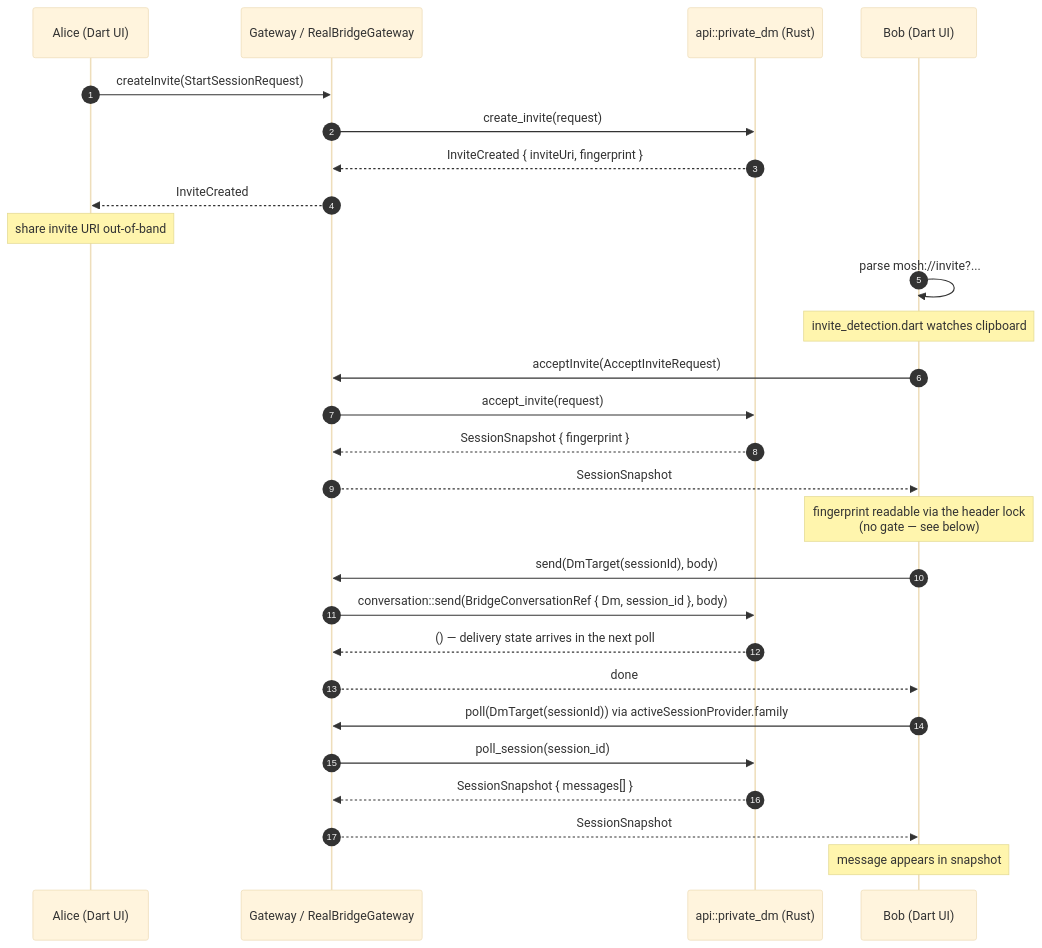
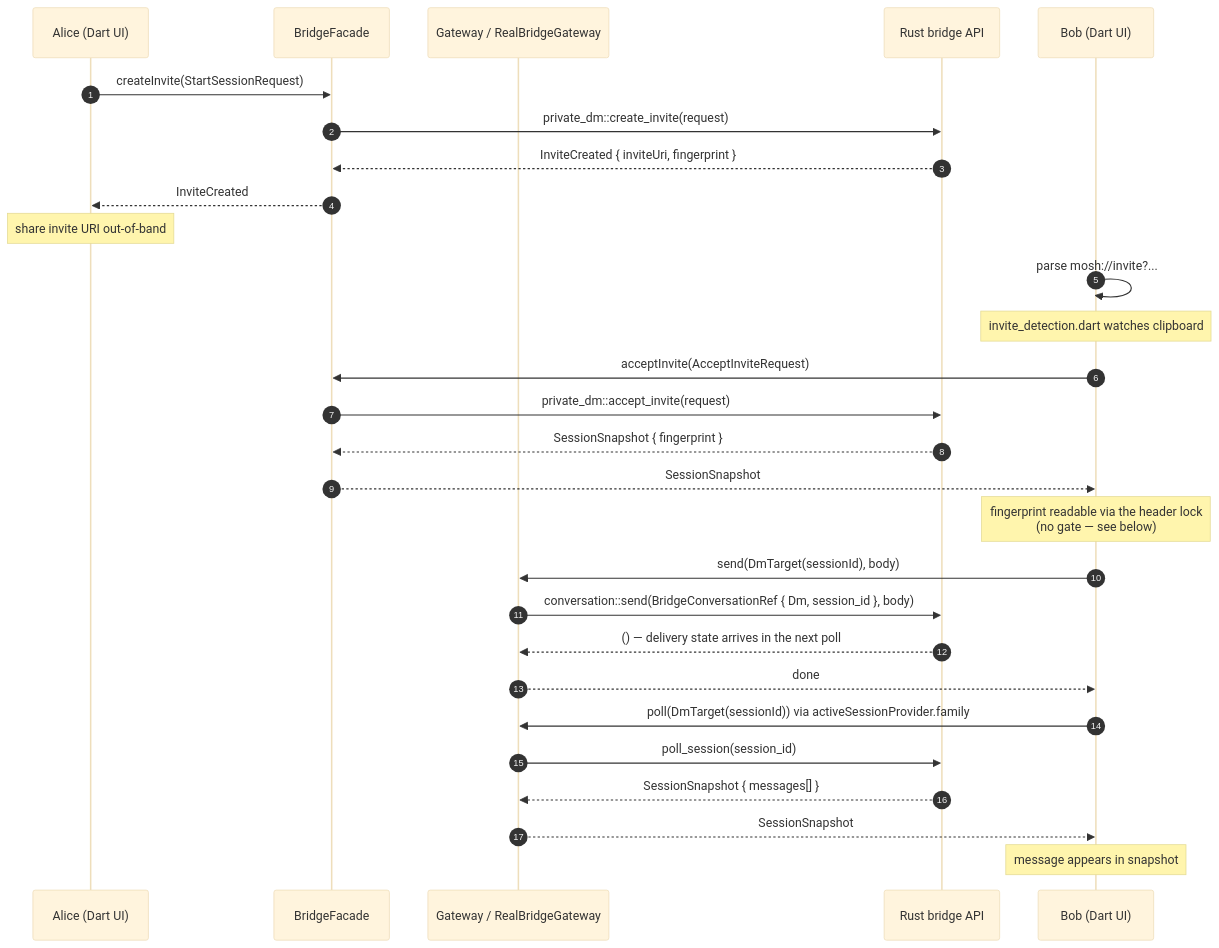
Before and after one commit to redstone-md/mosh-flutter: the first of 5 diagrams in docs/Features/private-dm.md, drawn with Mermaid (base theme). The commit also changed other lines of this file and 5 other files, not shown here.

````diff
--- a/docs/Features/private-dm.md
+++ b/docs/Features/private-dm.md
@@ -15,30 +16,31 @@
 ```mermaid
 sequenceDiagram
     autonumber
     participant Alice as Alice (Dart UI)
+    participant BF as BridgeFacade
     participant GW as Gateway / RealBridgeGateway
-    participant Api as api::private_dm (Rust)
+    participant Api as Rust bridge API
     participant Bob as Bob (Dart UI)
 
-    Alice->>GW: createInvite(StartSessionRequest)
-    GW->>Api: create_invite(request)
-    Api-->>GW: InviteCreated { inviteUri, fingerprint }
-    GW-->>Alice: InviteCreated
+    Alice->>BF: createInvite(StartSessionRequest)
+    BF->>Api: private_dm::create_invite(request)
+    Api-->>BF: InviteCreated { inviteUri, fingerprint }
+    BF-->>Alice: InviteCreated
     Note over Alice: share invite URI out-of-band
     Bob->>Bob: parse mosh://invite?...#fp= via invite_uri.dart
     Note over Bob: invite_detection.dart watches clipboard
-    Bob->>GW: acceptInvite(AcceptInviteRequest)
-    GW->>Api: accept_invite(request)
-    Api-->>GW: SessionSnapshot { fingerprint }
-    GW-->>Bob: SessionSnapshot
+    Bob->>BF: acceptInvite(AcceptInviteRequest)
+    BF->>Api: private_dm::accept_invite(request)
+    Api-->>BF: SessionSnapshot { fingerprint }
+    BF-->>Bob: SessionSnapshot
     Note over Bob: fingerprint readable via the header lock<br/>(no gate — see below)
     Bob->>GW: send(DmTarget(sessionId), body)
     GW->>Api: conversation::send(BridgeConversationRef { Dm, session_id }, body)
     Api-->>GW: () — delivery state arrives in the next poll
     GW-->>Bob: done
     Bob->>GW: poll(DmTarget(sessionId)) via activeSessionProvider.family
     GW->>Api: poll_session(session_id)
     Api-->>GW: SessionSnapshot { messages[] }
     GW-->>Bob: SessionSnapshot
     Note over Bob: message appears in snapshot
 ```
````
